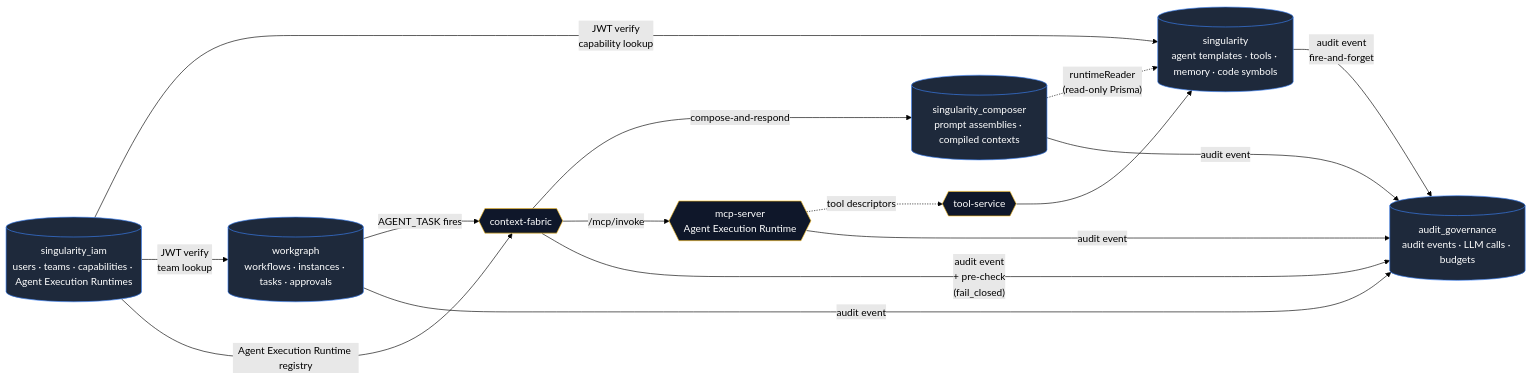
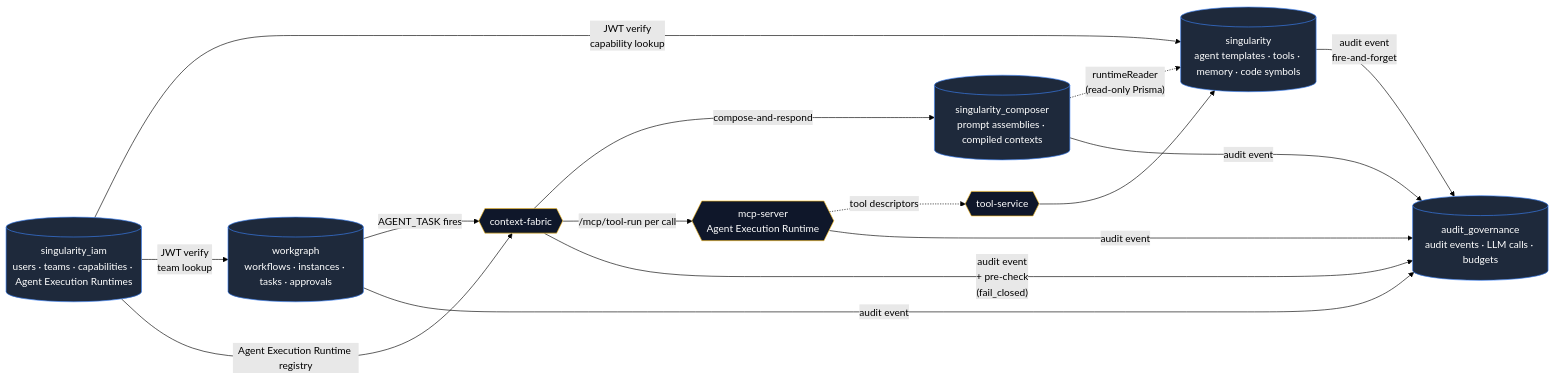
Before and after one commit to ashokraj2011/singularity-platform: the diagram in docs/data-model/00-platform-overview.md, drawn with Mermaid (forest theme). The commit also changed other lines of this file and 581 other files, not shown here.

````diff
--- a/docs/data-model/00-platform-overview.md
+++ b/docs/data-model/00-platform-overview.md
@@ -19,31 +19,31 @@
 ```mermaid
 flowchart LR
   IAM[(singularity_iam<br/>users · teams · capabilities · Agent Execution Runtimes)]
   AT[(singularity<br/>agent templates · tools · memory · code symbols)]
   PC[(singularity_composer<br/>prompt assemblies · compiled contexts)]
   WG[(workgraph<br/>workflows · instances · tasks · approvals)]
   AG[(audit_governance<br/>audit events · LLM calls · budgets)]
 
   IAM -- "JWT verify<br/>capability lookup" --> AT
   IAM -- "JWT verify<br/>team lookup" --> WG
   IAM -- "Agent Execution Runtime registry" --> CF{{context-fabric}}
 
   WG -- "AGENT_TASK fires" --> CF
   CF -- "compose-and-respond" --> PC
   PC -. "runtimeReader<br/>(read-only Prisma)" .-> AT
-  CF -- "/mcp/invoke" --> AER{{mcp-server<br/>Agent Execution Runtime}}
+  CF -- "/mcp/tool-run per call" --> AER{{mcp-server<br/>Agent Execution Runtime}}
 
   AER -. "tool descriptors" .-> TS{{tool-service}}
   TS --> AT
 
   AT -- "audit event<br/>fire-and-forget" --> AG
   PC -- "audit event" --> AG
   WG -- "audit event" --> AG
   AER -- "audit event" --> AG
   CF -- "audit event<br/>+ pre-check<br/>(fail_closed)" --> AG
 
   classDef db fill:#1e293b,stroke:#3b82f6,color:#fff
   classDef svc fill:#0f172a,stroke:#fbbf24,color:#fff
   class IAM,AT,PC,WG,AG db
   class CF,AER,TS svc
 ```
````
